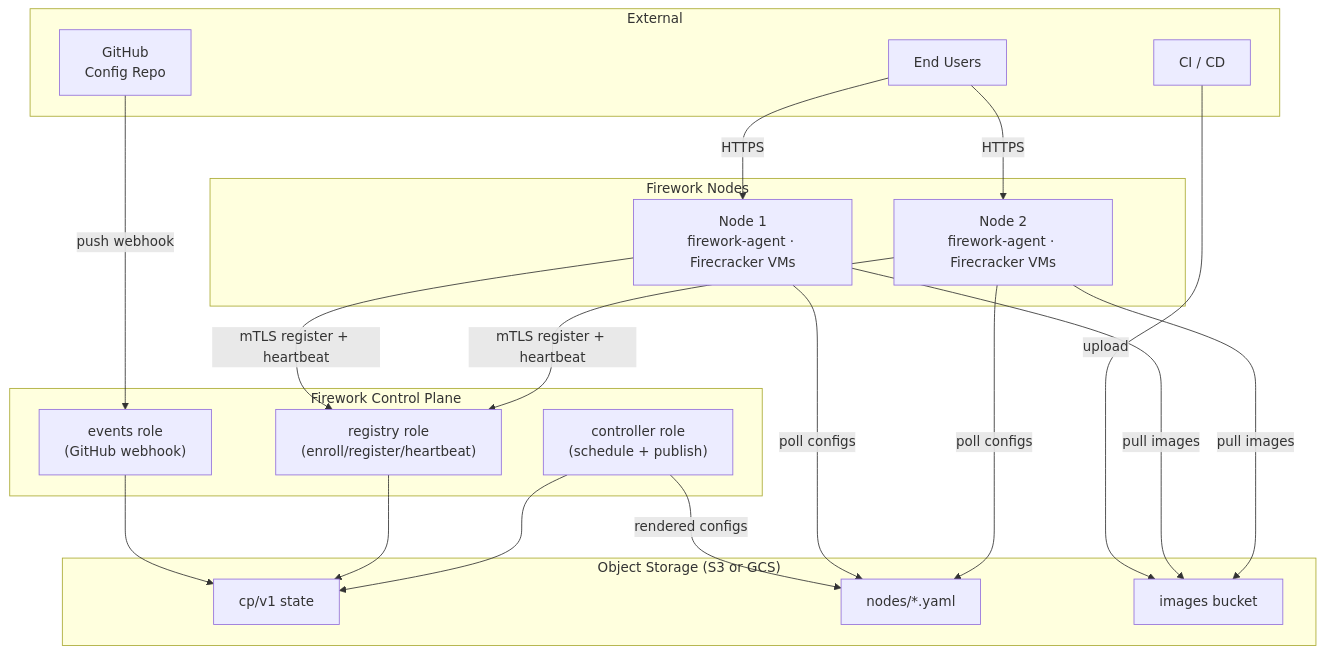
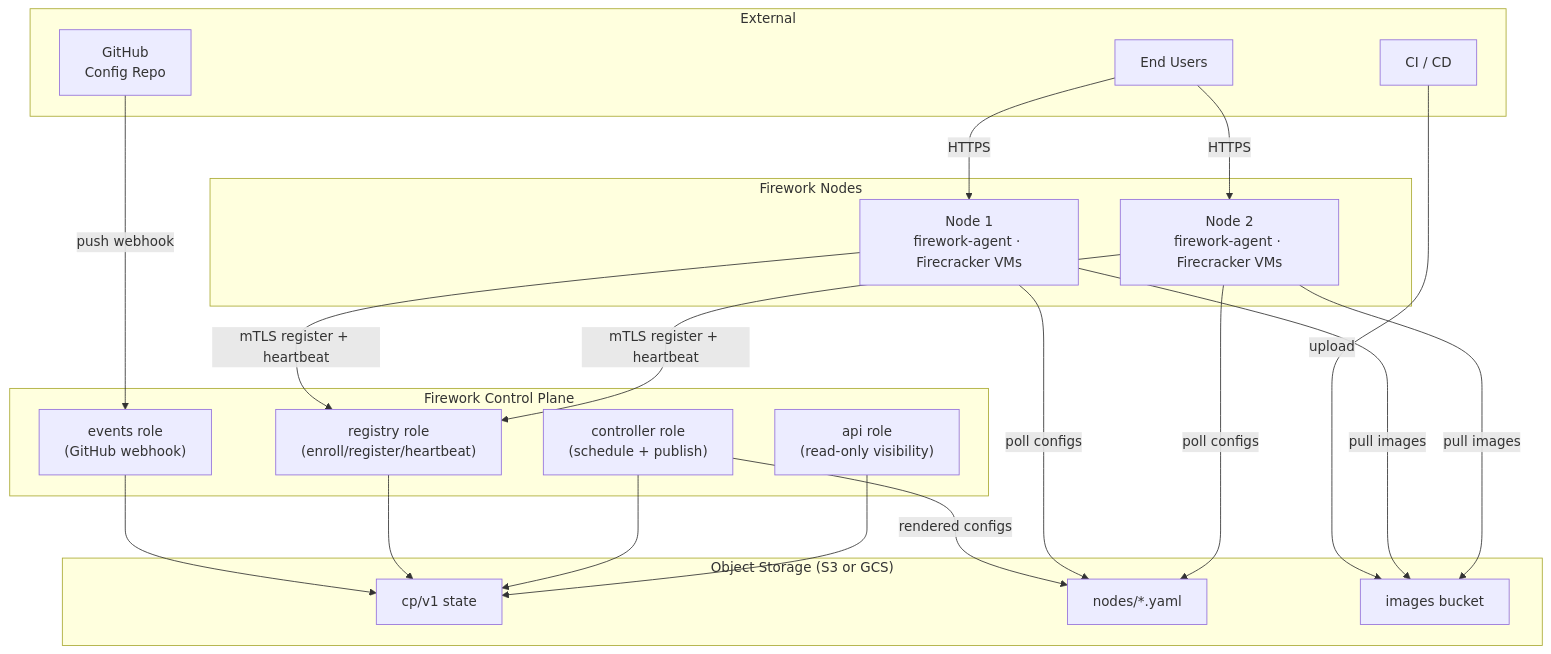
The diagram in README.md (artemnikitin/firework), drawn with Mermaid before and after one commit. The commit also changed other lines of this file and 35 other files, not shown here.

````diff
--- a/README.md
+++ b/README.md
@@ -14,36 +14,38 @@
 ```mermaid
 flowchart TB
     subgraph external["External"]
         USER["End Users"]
         GITHUB["GitHub\nConfig Repo"]
         CI["CI / CD"]
     end
 
     subgraph control_plane["Firework Control Plane"]
         REG["registry role\n(enroll/register/heartbeat)"]
         EV["events role\n(GitHub webhook)"]
         CTRL["controller role\n(schedule + publish)"]
+        API["api role\n(read-only visibility)"]
     end
 
     subgraph storage["Object Storage (S3 or GCS)"]
         STATE["cp/v1 state"]
         CFG["nodes/*.yaml"]
         IMG["images bucket"]
     end
 
     subgraph data_plane["Firework Nodes"]
         N1["Node 1\nfirework-agent · Firecracker VMs"]
         N2["Node 2\nfirework-agent · Firecracker VMs"]
     end
 
     USER -->|HTTPS| N1 & N2
     GITHUB -->|push webhook| EV
     EV --> STATE
     REG --> STATE
     CTRL --> STATE
+    API --> STATE
     CTRL -->|rendered configs| CFG
     CI -->|upload| IMG
     N1 & N2 -->|mTLS register + heartbeat| REG
     N1 & N2 -->|poll configs| CFG
     N1 & N2 -->|pull images| IMG
 ```
````
